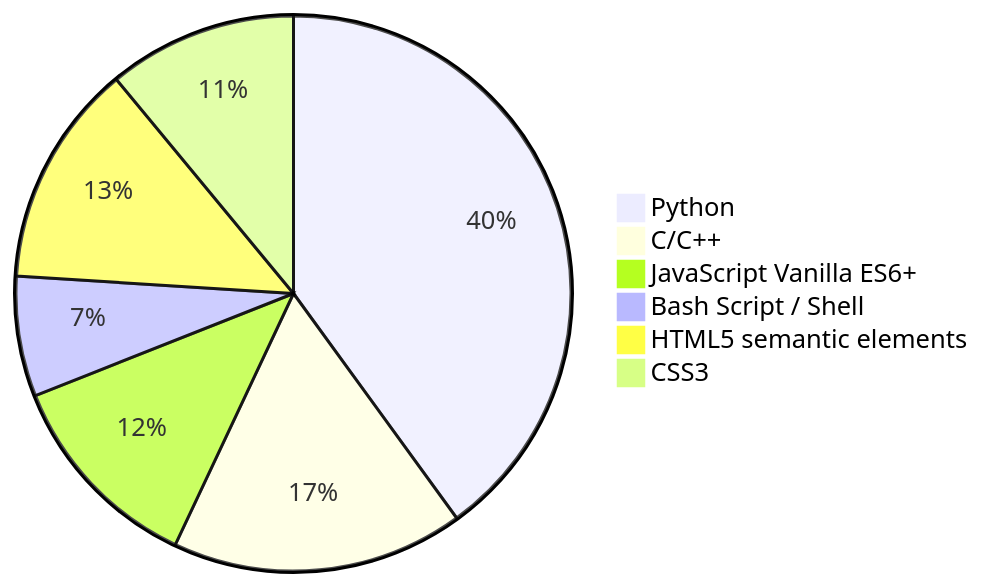
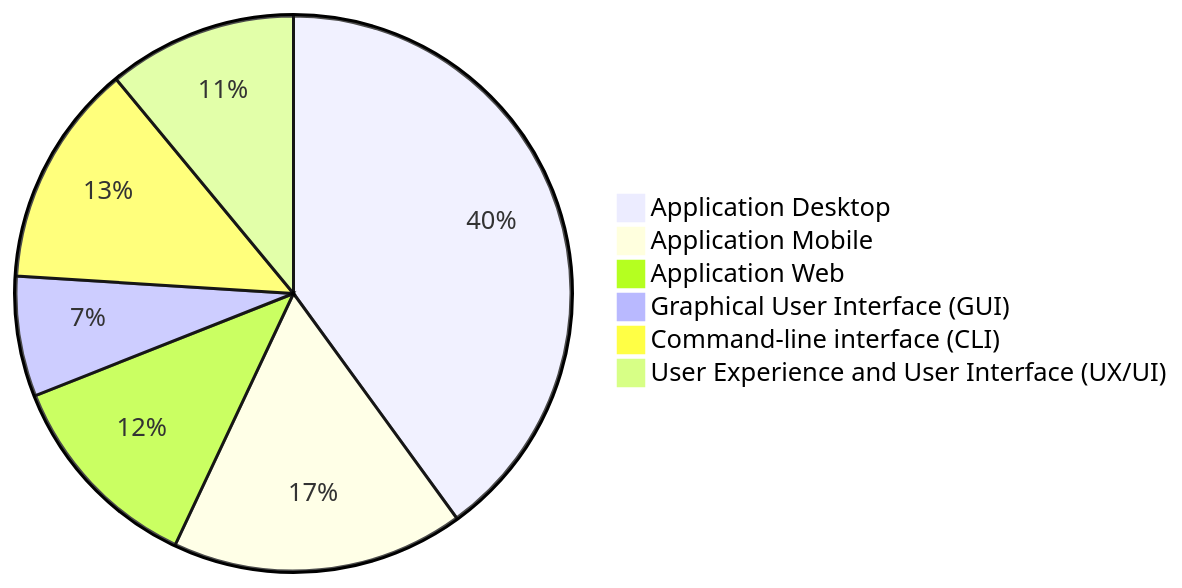
Before and after one commit to wsl-iq/wsl-iq: the first of 2 diagrams in README.md, drawn with Mermaid. The commit also changed other lines of this file, not shown here.

````diff
--- a/README.md
+++ b/README.md
@@ -47,9 +31,9 @@
 ```mermaid
 pie title 
-    "Python" : 40
-    "C/C++" : 17
-    "JavaScript Vanilla ES6+" : 12
-    "Bash Script / Shell" : 7
-    "HTML5 semantic elements" : 13
-    "CSS3" : 11
+    "Application Desktop" : 40
+    "Application Mobile" : 17
+    "Application Web" : 12
+    "Graphical User Interface (GUI)" : 7
+    "Command-line interface (CLI)" : 13
+    "User Experience and User Interface (UX/UI)" : 11
 ```
````
